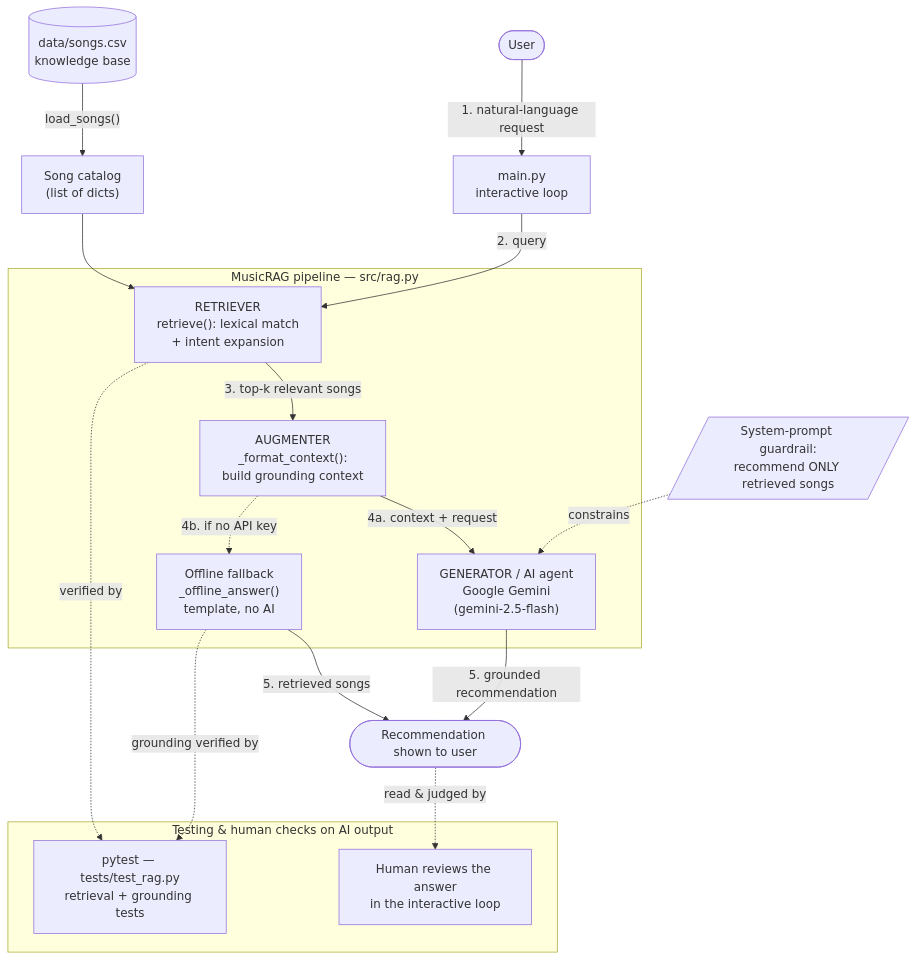
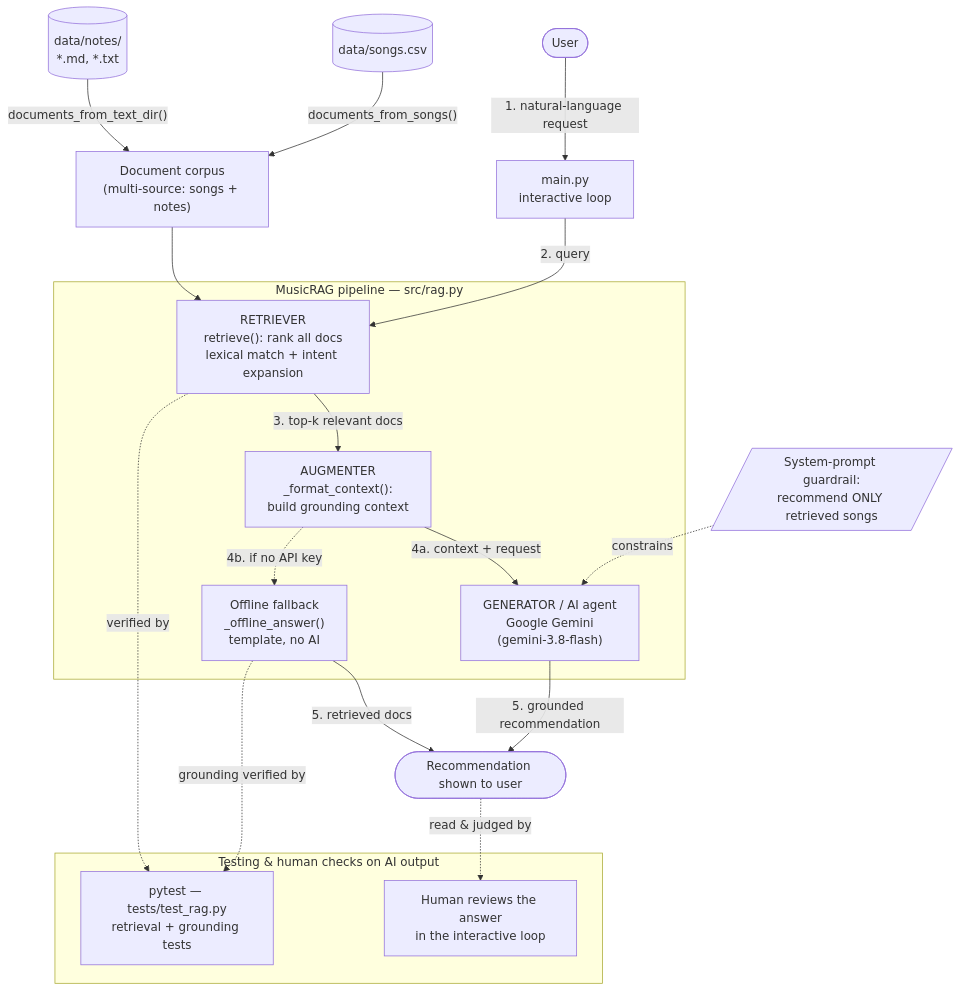
One commit to saesoo/Applied-AI-System changed the diagram in diagrams/architecture.mmd. Above: the diagram before and after it, drawn with Mermaid. The commit also changed 7 other files, not shown here.

```diff
--- a/diagrams/architecture.mmd
+++ b/diagrams/architecture.mmd
@@ -1,31 +1,34 @@
 flowchart TD
     User([User]) -->|"1. natural-language request"| Main["main.py<br/>interactive loop"]
-    CSV[("data/songs.csv<br/>knowledge base")] -->|"load_songs()"| Catalog["Song catalog<br/>(list of dicts)"]
+
+    CSV[("data/songs.csv")] -->|"documents_from_songs()"| Corpus
+    Notes[("data/notes/<br/>*.md, *.txt")] -->|"documents_from_text_dir()"| Corpus
+    Corpus["Document corpus<br/>(multi-source: songs + notes)"]
 
     Main -->|"2. query"| Retriever
 
     subgraph RAG["MusicRAG pipeline — src/rag.py"]
-        Retriever["RETRIEVER<br/>retrieve(): lexical match<br/>+ intent expansion"]
+        Retriever["RETRIEVER<br/>retrieve(): rank all docs<br/>lexical match + intent expansion"]
         Augmenter["AUGMENTER<br/>_format_context():<br/>build grounding context"]
-        Generator["GENERATOR / AI agent<br/>Google Gemini<br/>(gemini-2.5-flash)"]
+        Generator["GENERATOR / AI agent<br/>Google Gemini<br/>(gemini-3.8-flash)"]
         Fallback["Offline fallback<br/>_offline_answer()<br/>template, no AI"]
 
-        Retriever -->|"3. top-k relevant songs"| Augmenter
+        Retriever -->|"3. top-k relevant docs"| Augmenter
         Augmenter -->|"4a. context + request"| Generator
         Augmenter -.->|"4b. if no API key"| Fallback
     end
 
-    Catalog --> Retriever
+    Corpus --> Retriever
     Grounding[/"System-prompt guardrail:<br/>recommend ONLY retrieved songs"/] -.->|"constrains"| Generator
 
     Generator -->|"5. grounded recommendation"| Output([Recommendation shown to user])
-    Fallback -->|"5. retrieved songs"| Output
+    Fallback -->|"5. retrieved docs"| Output
 
     subgraph Check["Testing & human checks on AI output"]
         Pytest["pytest — tests/test_rag.py<br/>retrieval + grounding tests"]
         Human["Human reviews the answer<br/>in the interactive loop"]
     end
 
     Retriever -.->|"verified by"| Pytest
     Fallback -.->|"grounding verified by"| Pytest
     Output -.->|"read & judged by"| Human
```
